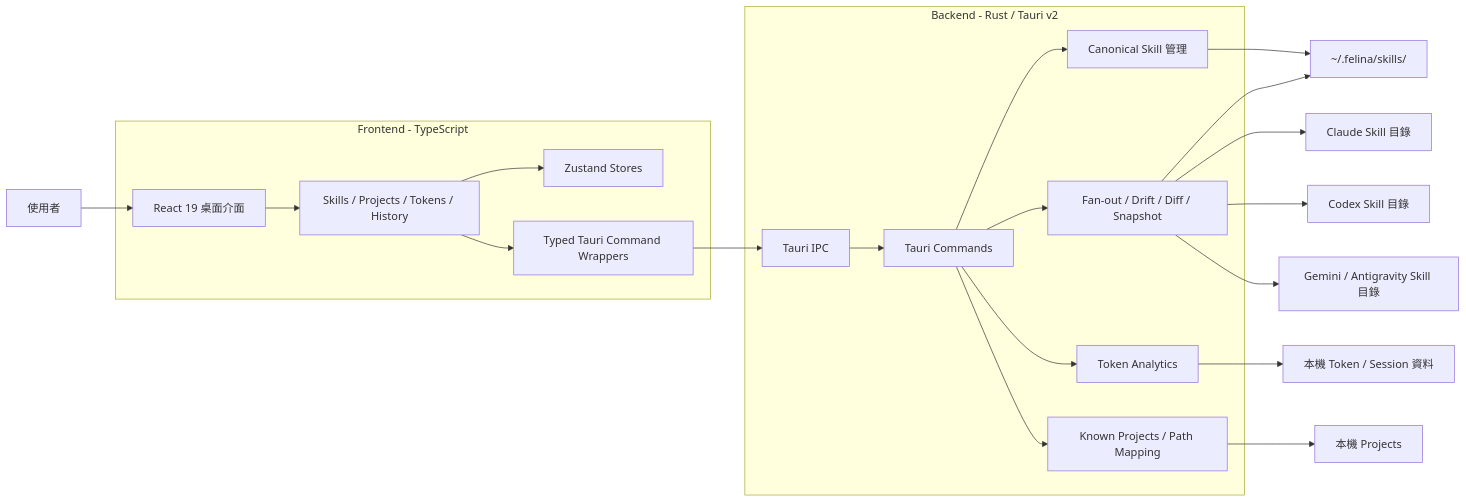
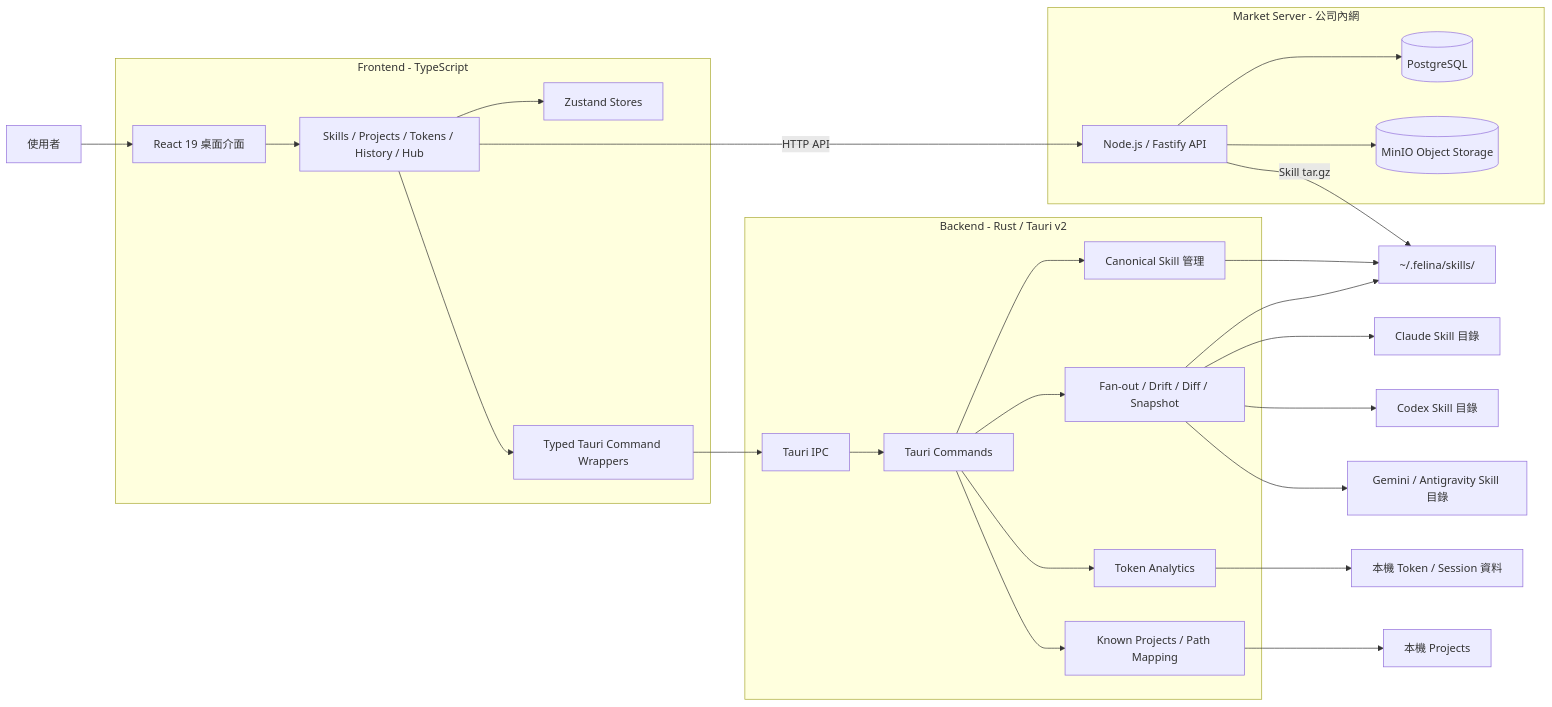
The first of 2 diagrams in .session/felina_development_report.md (xzsa654/felina), drawn with Mermaid before and after one commit. The commit also changed other lines of this file and 17 other files, not shown here.

First line of the commit message:
spectra(fix-fanout-import-test-regressions): 修復 dev 全套件 7 項測試回歸 — fan_out/canonical_skills 路徑期望對齊 Antigravity 共用目錄、skill_import 注入 fallback agent

````diff
--- a/.session/felina_development_report.md
+++ b/.session/felina_development_report.md
@@ -128,28 +144,39 @@
 ```mermaid
 flowchart LR
     U[使用者] --> UI[React 19 桌面介面]
 
     subgraph Frontend[Frontend - TypeScript]
-        UI --> P[Skills / Projects / Tokens / History]
+        UI --> P[Skills / Projects / Tokens / History / Hub]
         P --> S[Zustand Stores]
         P --> W[Typed Tauri Command Wrappers]
     end
 
     W --> IPC[Tauri IPC]
 
     subgraph Backend[Backend - Rust / Tauri v2]
         IPC --> C[Tauri Commands]
         C --> CS[Canonical Skill 管理]
         C --> FO[Fan-out / Drift / Diff / Snapshot]
         C --> TA[Token Analytics]
         C --> KP[Known Projects / Path Mapping]
     end
 
     CS --> CAN[~/.felina/skills/]
     FO --> CAN
     FO --> CLAUDE[Claude Skill 目錄]
     FO --> CODEX[Codex Skill 目錄]
     FO --> GEMINI[Gemini / Antigravity Skill 目錄]
     TA --> LOCAL[本機 Token / Session 資料]
     KP --> PROJECTS[本機 Projects]
+
+    subgraph MarketServer[Market Server - 公司內網]
+        MS[Node.js / Fastify API]
+        DB[(PostgreSQL)]
+        OBJ[(MinIO Object Storage)]
+        MS --> DB
+        MS --> OBJ
+    end
+
+    P -->|HTTP API| MS
+    MS -->|Skill tar.gz| CAN
 ```
````
